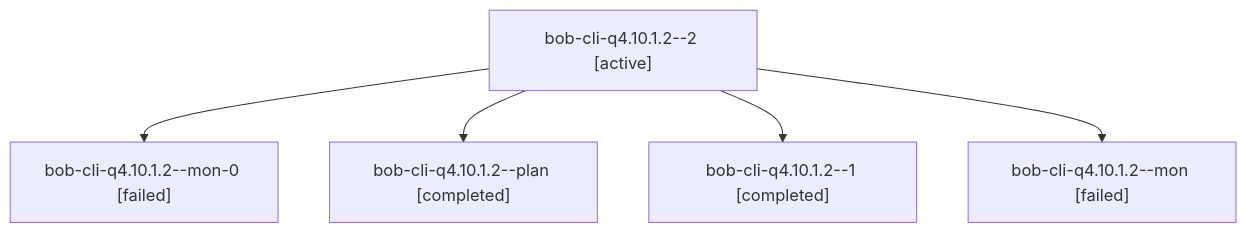
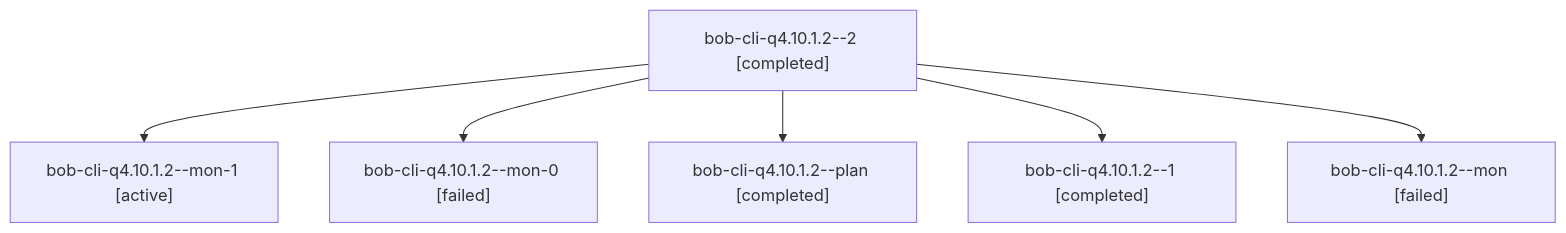
The diagram in sessions/bbugyi200.athena.bob-cli-q4.10.1.2.md (bobs-org/bob-cli--agents), drawn with Mermaid before and after one commit. The commit also changed other lines of this file and 84 other files, not shown here.

````diff
--- a/sessions/bbugyi200.athena.bob-cli-q4.10.1.2.md
+++ b/sessions/bbugyi200.athena.bob-cli-q4.10.1.2.md
@@ -9,12 +9,14 @@
 ```mermaid
 flowchart TD
-  n0["bob-cli-q4.10.1.2--2 [active]"]
-  n1["bob-cli-q4.10.1.2--mon-0 [failed]"]
+  n0["bob-cli-q4.10.1.2--2 [completed]"]
+  n1["bob-cli-q4.10.1.2--mon-1 [active]"]
   n0 --> n1
-  n2["bob-cli-q4.10.1.2--plan [completed]"]
+  n2["bob-cli-q4.10.1.2--mon-0 [failed]"]
   n0 --> n2
-  n3["bob-cli-q4.10.1.2--1 [completed]"]
+  n3["bob-cli-q4.10.1.2--plan [completed]"]
   n0 --> n3
-  n4["bob-cli-q4.10.1.2--mon [failed]"]
+  n4["bob-cli-q4.10.1.2--1 [completed]"]
   n0 --> n4
+  n5["bob-cli-q4.10.1.2--mon [failed]"]
+  n0 --> n5
 ```
````
